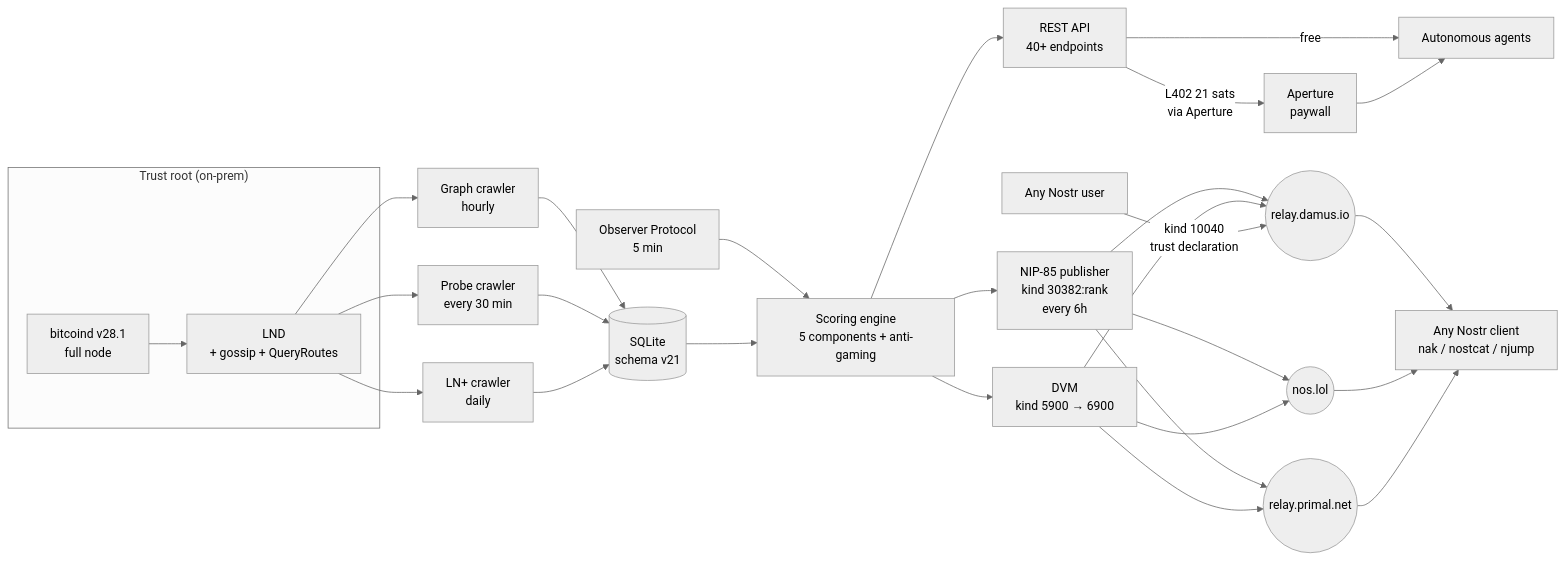
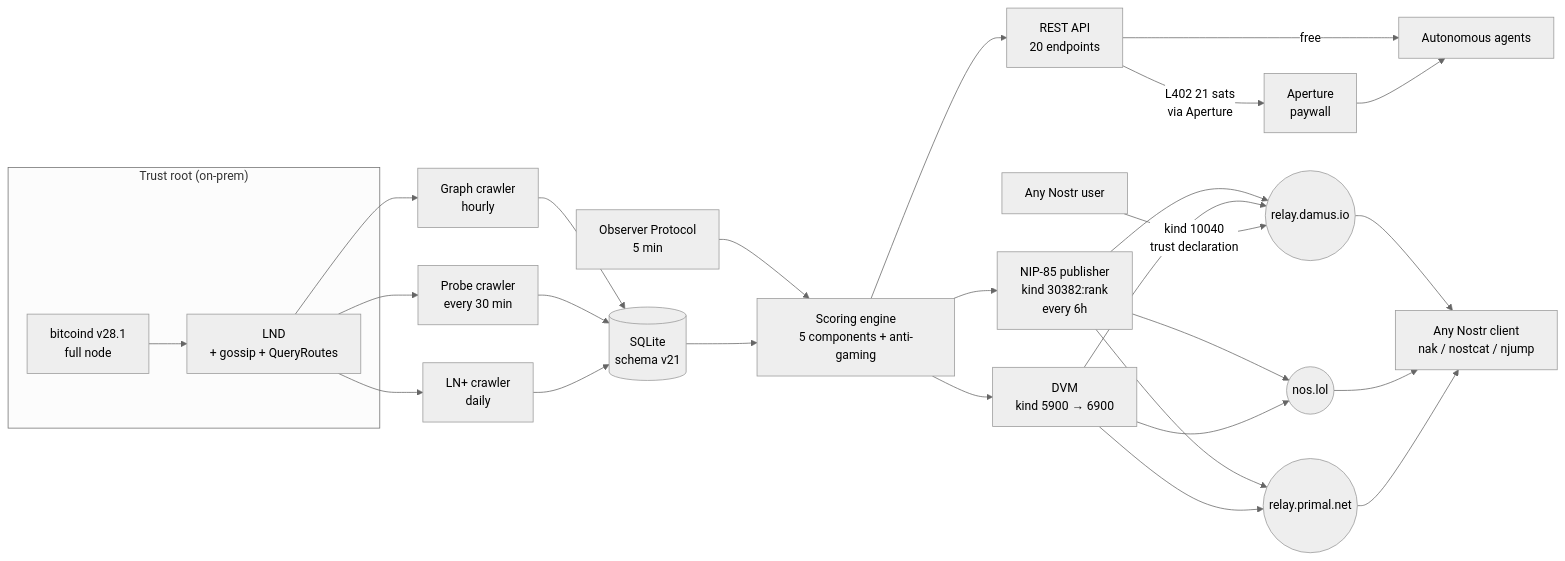
The diagram in README.md (proofoftrust21/satrank), drawn with Mermaid (neutral theme) before and after one commit. The commit also changed other lines of this file and 5 other files, not shown here.

````diff
--- a/README.md
+++ b/README.md
@@ -97,38 +97,38 @@
 ```mermaid
 flowchart LR
   subgraph Trust_Root["Trust root (on-prem)"]
     BTC[bitcoind v28.1<br/>full node]
     LND[LND<br/>+ gossip + QueryRoutes]
   end
 
   BTC --> LND
   LND --> GC[Graph crawler<br/>hourly]
   LND --> PC[Probe crawler<br/>every 30 min]
   LND --> LP[LN+ crawler<br/>daily]
   OBS[Observer Protocol<br/>5 min] --> SE
 
   GC --> DB[(SQLite<br/>schema v21)]
   PC --> DB
   LP --> DB
 
   DB --> SE[Scoring engine<br/>5 components + anti-gaming]
-  SE --> API[REST API<br/>40+ endpoints]
+  SE --> API[REST API<br/>20 endpoints]
   SE --> NP[NIP-85 publisher<br/>kind 30382:rank<br/>every 6h]
   SE --> DVM[DVM<br/>kind 5900 → 6900]
 
   NP --> R1((relay.damus.io))
   NP --> R2((nos.lol))
   NP --> R3((relay.primal.net))
   DVM --> R1
   DVM --> R2
   DVM --> R3
 
   API -->|free| Agents
   API -->|L402 21 sats<br/>via Aperture| L402[Aperture<br/>paywall]
   L402 --> Agents[Autonomous agents]
   R1 --> Clients[Any Nostr client<br/>nak / nostcat / njump]
   R2 --> Clients
   R3 --> Clients
 
   User[Any Nostr user] -->|kind 10040<br/>trust declaration| R1
 ```
````
